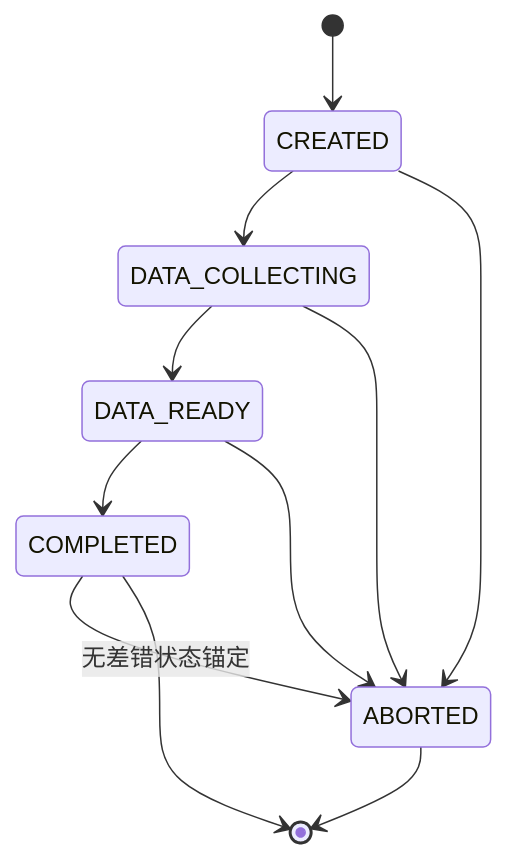
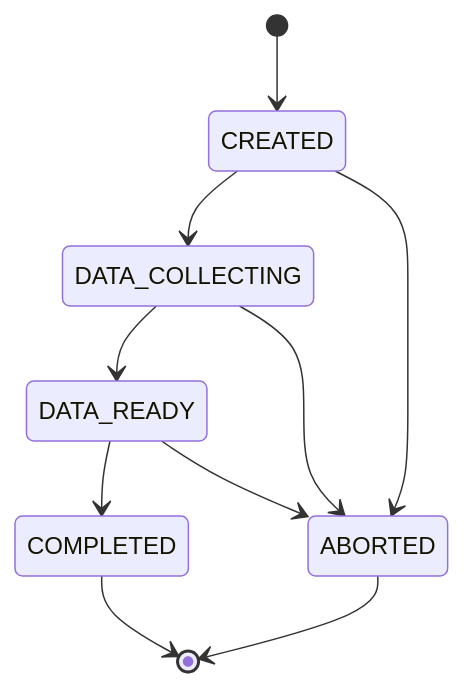
The sixth of 17 diagrams in docs/系分设计/03-清结算与对账系分设计.md (fengwuxp/wind-funds), drawn with Mermaid before and after one commit. The commit also changed other lines of this file and 18 other files, not shown here.

````diff
--- a/docs/系分设计/03-清结算与对账系分设计.md
+++ b/docs/系分设计/03-清结算与对账系分设计.md
@@ -450,13 +452,12 @@
 ```mermaid
 stateDiagram
     [*] --> CREATED
     CREATED --> DATA_COLLECTING
     DATA_COLLECTING --> DATA_READY
     DATA_READY --> COMPLETED
     CREATED --> ABORTED
     DATA_COLLECTING --> ABORTED
     DATA_READY --> ABORTED
-    COMPLETED --> ABORTED: 无差错状态锚定
     COMPLETED --> [*]
     ABORTED --> [*]
 ```
````
